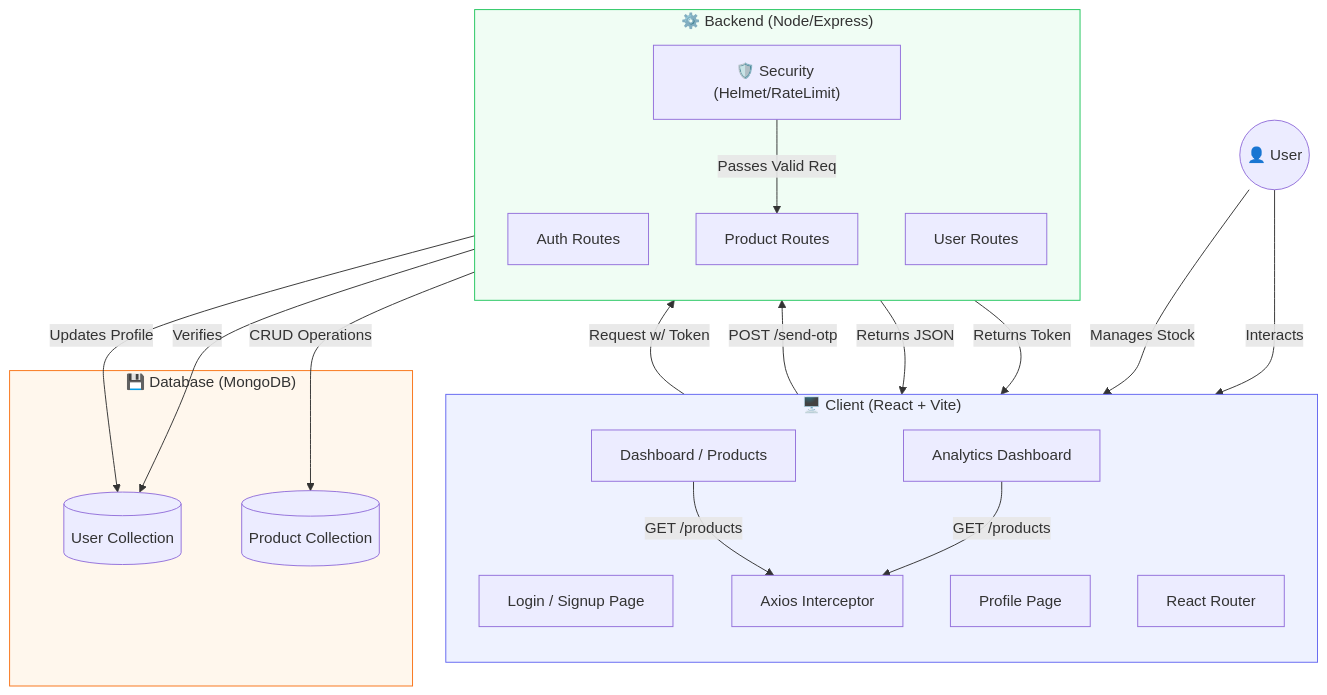
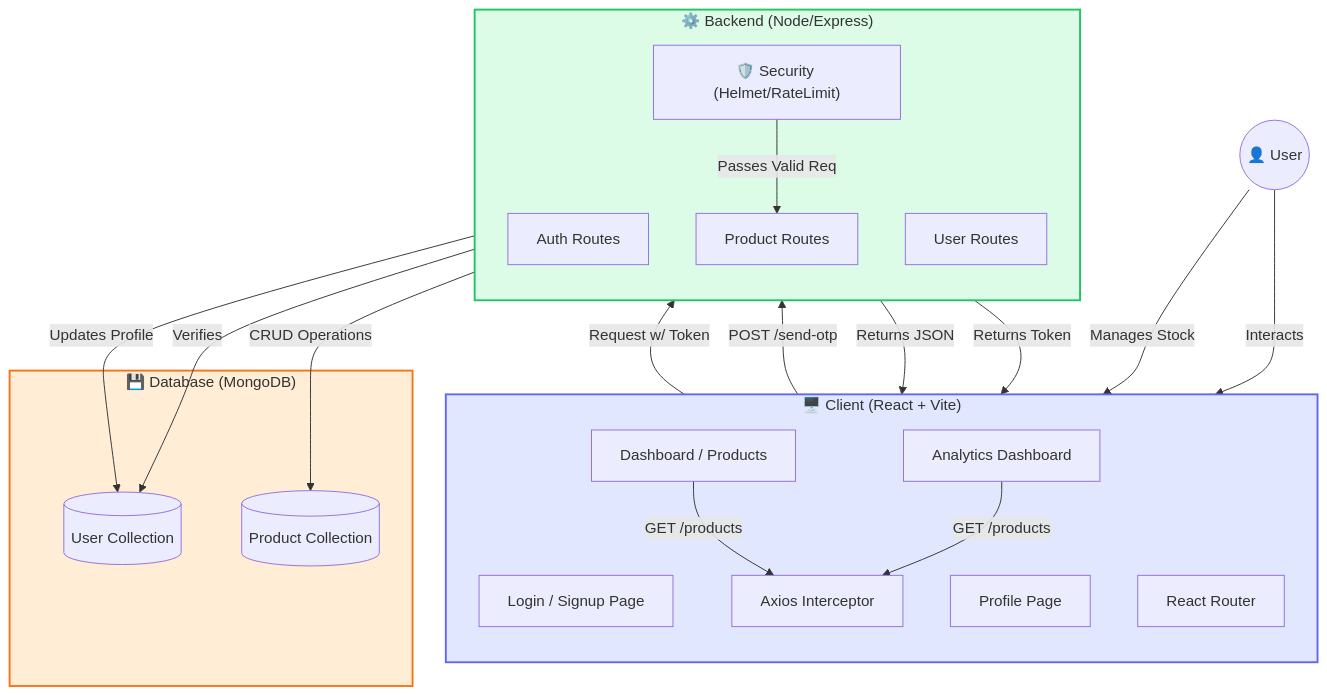
Before and after one commit to Eternalcodertanishq3/Productr: the diagram in README.md, drawn with Mermaid.

Commit message:
fix: mermaid diagram colors for dark mode visibility

````diff
--- a/README.md
+++ b/README.md
@@ -65,52 +65,52 @@
 ```mermaid
 graph TD
     %% Nodes
     User((👤 User))
     
     subgraph Client ["🖥️ Client (React + Vite)"]
         direction TB
         AuthUI[Login / Signup Page]
         DashUI[Dashboard / Products]
         ProfileUI[Profile Page]
         AnalyticsUI[Analytics Dashboard]
         Router[React Router]
         Axios[Axios Interceptor]
     end
 
     subgraph Server ["⚙️ Backend (Node/Express)"]
         direction TB
         AuthAPI[Auth Routes]
         ProductAPI[Product Routes]
         UserAPI[User Routes]
         Middleware["🛡️ Security (Helmet/RateLimit)"]
     end
 
     subgraph Database ["💾 Database (MongoDB)"]
         UsersDB[(User Collection)]
         ProductsDB[(Product Collection)]
     end
 
     %% Edge Connections
     User -->|Interacts| AuthUI
     User -->|Manages Stock| DashUI
     
     AuthUI -->|POST /send-otp| AuthAPI
     AuthAPI -->|Verifies| UsersDB
     AuthAPI -->|Returns Token| AuthUI
     
     DashUI -->|GET /products| Axios
     AnalyticsUI -->|GET /products| Axios
     
     Axios -->|Request w/ Token| Middleware
     Middleware -->|Passes Valid Req| ProductAPI
     
     ProductAPI -->|CRUD Operations| ProductsDB
     ProductAPI -->|Returns JSON| DashUI
     
     UserAPI -->|Updates Profile| UsersDB
     
     %% Styling
-    style Client fill:#eef2ff,stroke:#6366f1
-    style Server fill:#f0fdf4,stroke:#22c55e
-    style Database fill:#fff7ed,stroke:#f97316
+    style Client fill:#e0e7ff,stroke:#6366f1,stroke-width:2px
+    style Server fill:#dcfce7,stroke:#22c55e,stroke-width:2px
+    style Database fill:#ffedd5,stroke:#f97316,stroke-width:2px
 ```
````
